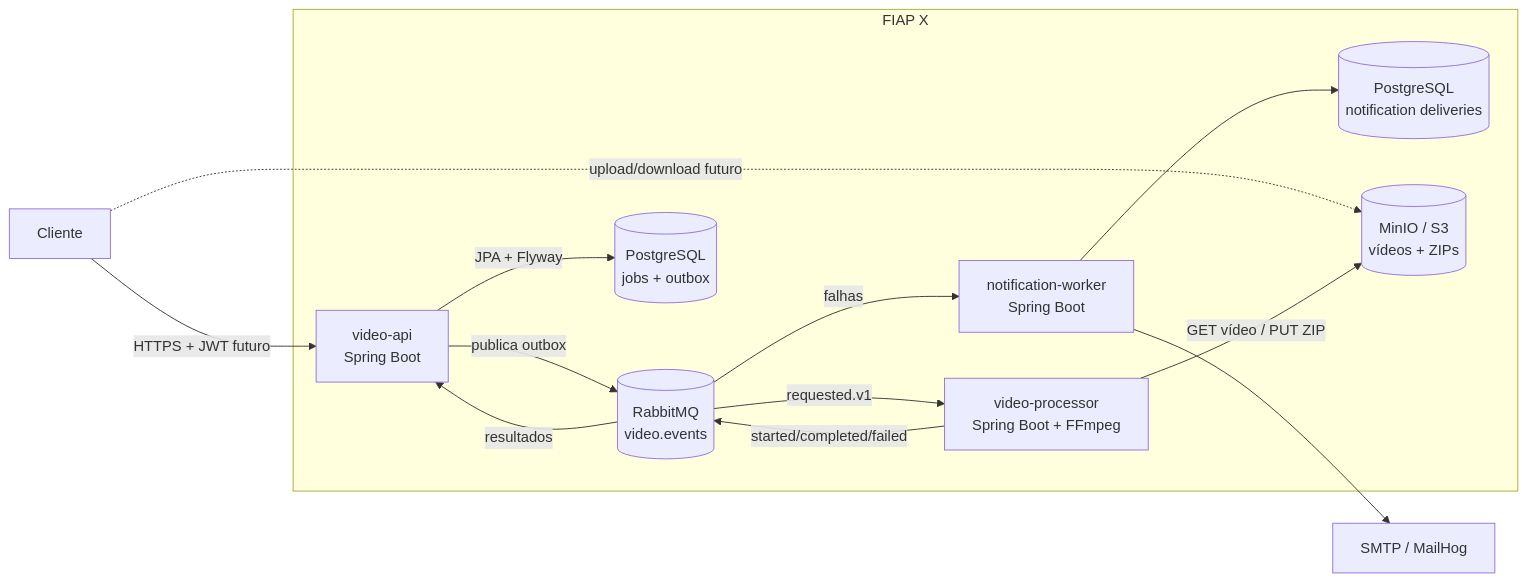
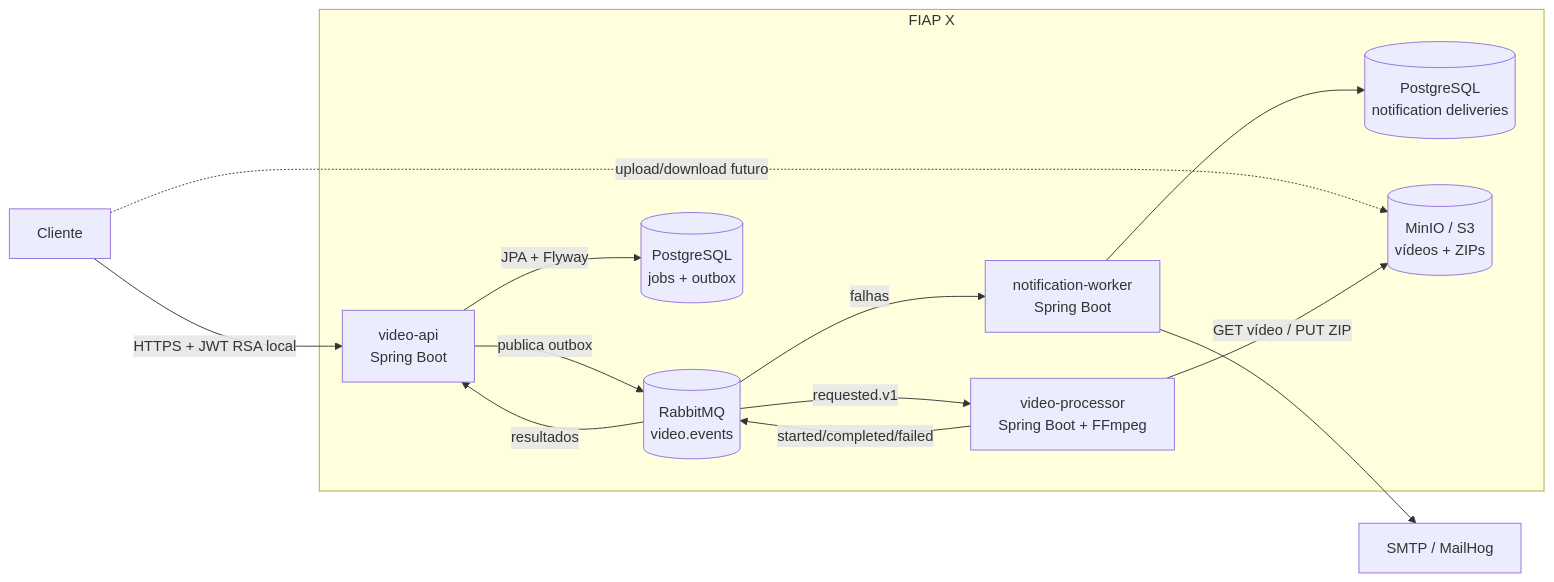
One commit to fiap-postech-team/fiapx-video-platform changed the second of 7 diagrams in docs/architecture/architecture.md. Above: the diagram before and after it, drawn with Mermaid. The commit also changed other lines of this file and 6 other files, not shown here.

````diff
--- a/docs/architecture/architecture.md
+++ b/docs/architecture/architecture.md
@@ -25,25 +27,25 @@
 ```mermaid
 flowchart LR
     CLIENT[Cliente]
     subgraph PLATFORM[FIAP X]
       API[video-api<br/>Spring Boot]
       PROCESSOR[video-processor<br/>Spring Boot + FFmpeg]
       NOTIFICATION[notification-worker<br/>Spring Boot]
       RABBIT[(RabbitMQ<br/>video.events)]
       API_DB[(PostgreSQL<br/>jobs + outbox)]
       NOTIFICATION_DB[(PostgreSQL<br/>notification deliveries)]
       STORAGE[(MinIO / S3<br/>vídeos + ZIPs)]
     end
     MAIL[SMTP / MailHog]
-    CLIENT -->|HTTPS + JWT futuro| API
+    CLIENT -->|HTTPS + JWT RSA local| API
     CLIENT -.->|upload/download futuro| STORAGE
     API -->|JPA + Flyway| API_DB
     API -->|publica outbox| RABBIT
     RABBIT -->|requested.v1| PROCESSOR
     PROCESSOR -->|GET vídeo / PUT ZIP| STORAGE
     PROCESSOR -->|started/completed/failed| RABBIT
     RABBIT -->|resultados| API
     RABBIT -->|falhas| NOTIFICATION
     NOTIFICATION --> NOTIFICATION_DB
     NOTIFICATION --> MAIL
 ```
````
